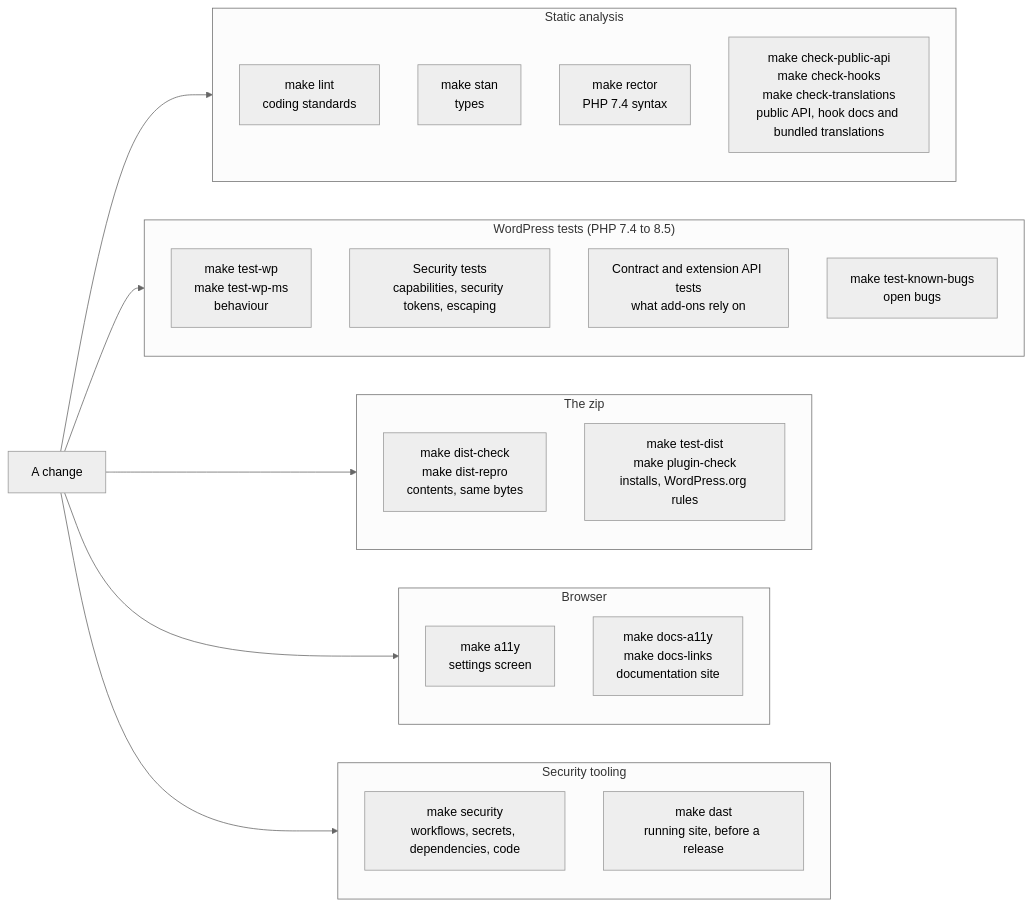
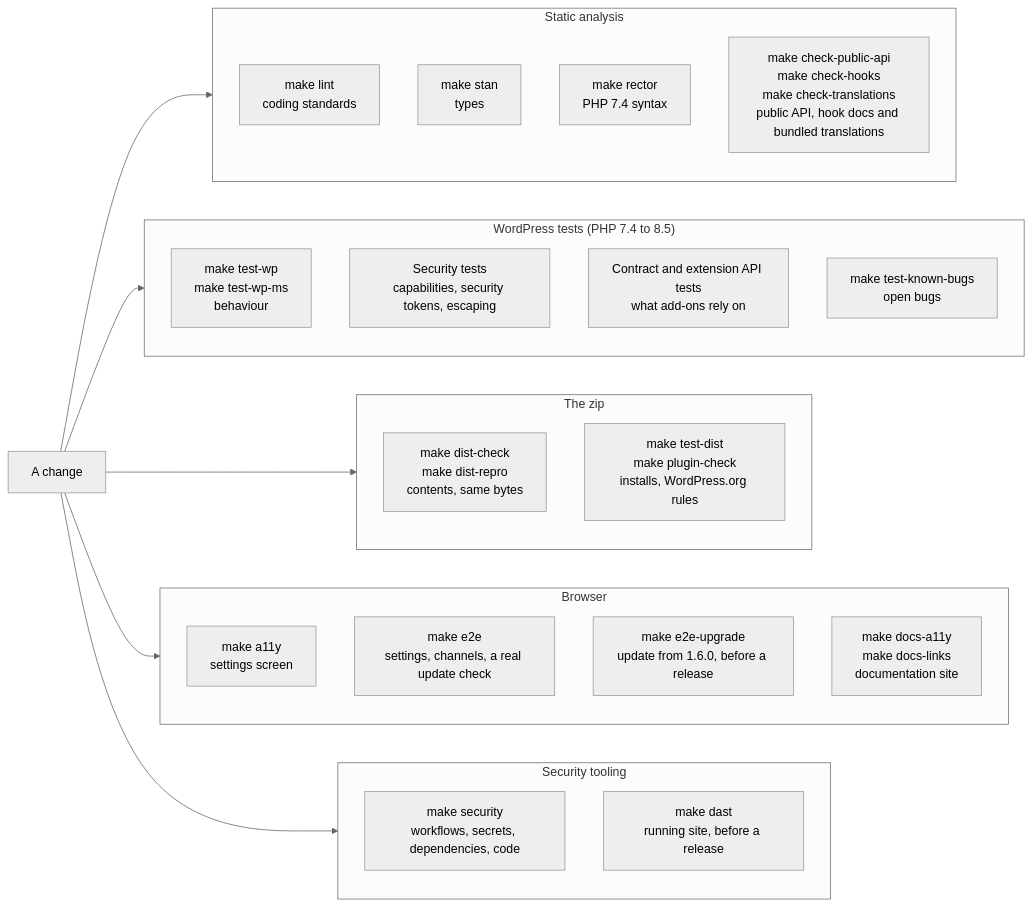
Before and after one commit to l3rady/wp-updates-notifier: the diagram in docs/developers/testing.md, drawn with Mermaid (neutral theme). The commit also changed other lines of this file and 31 other files, not shown here.

First line of the commit message:
test: add end-to-end flows and the 1.6.0 upgrade test

````diff
--- a/docs/developers/testing.md
+++ b/docs/developers/testing.md
@@ -5,33 +5,35 @@
 ```mermaid
 flowchart LR
     change["A change"] --> static
     change --> wp
     change --> pkg
     change --> browser
     change --> sec
 
     subgraph static["Static analysis"]
         lint["make lint<br>coding standards"]
         stan["make stan<br>types"]
         rector["make rector<br>PHP 7.4 syntax"]
         api["make check-public-api<br>make check-hooks<br>make check-translations<br>public API, hook docs and bundled translations"]
     end
     subgraph wp["WordPress tests (PHP 7.4 to 8.5)"]
         suite["make test-wp<br>make test-wp-ms<br>behaviour"]
         secTests["Security tests<br>capabilities, security tokens, escaping"]
         contract["Contract and extension API tests<br>what add-ons rely on"]
         bugs["make test-known-bugs<br>open bugs"]
     end
     subgraph pkg["The zip"]
         dist["make dist-check<br>make dist-repro<br>contents, same bytes"]
         install["make test-dist<br>make plugin-check<br>installs, WordPress.org rules"]
     end
     subgraph browser["Browser"]
         a11y["make a11y<br>settings screen"]
+        flows["make e2e<br>settings, channels, a real update check"]
+        upgrade["make e2e-upgrade<br>update from 1.6.0, before a release"]
         docsa11y["make docs-a11y<br>make docs-links<br>documentation site"]
     end
     subgraph sec["Security tooling"]
         scan["make security<br>workflows, secrets, dependencies, code"]
         dast["make dast<br>running site, before a release"]
     end
 ```
````
